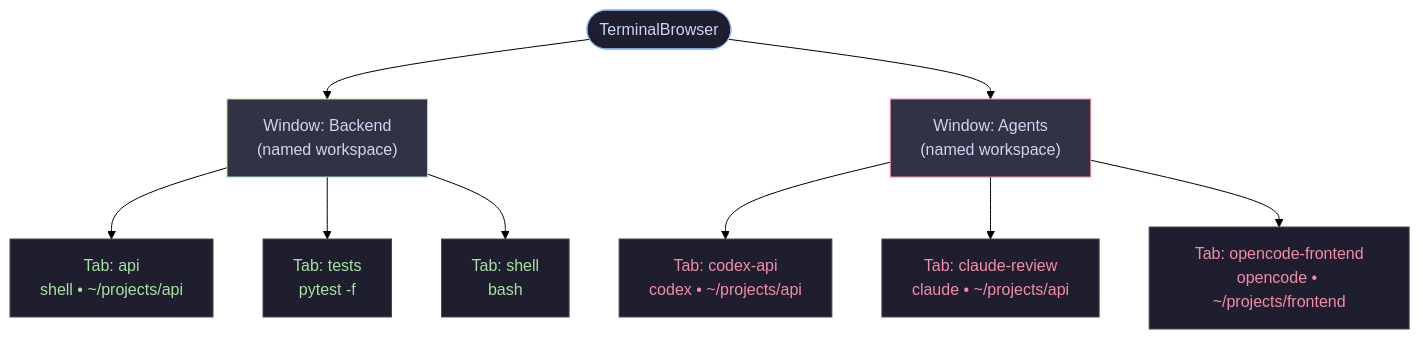
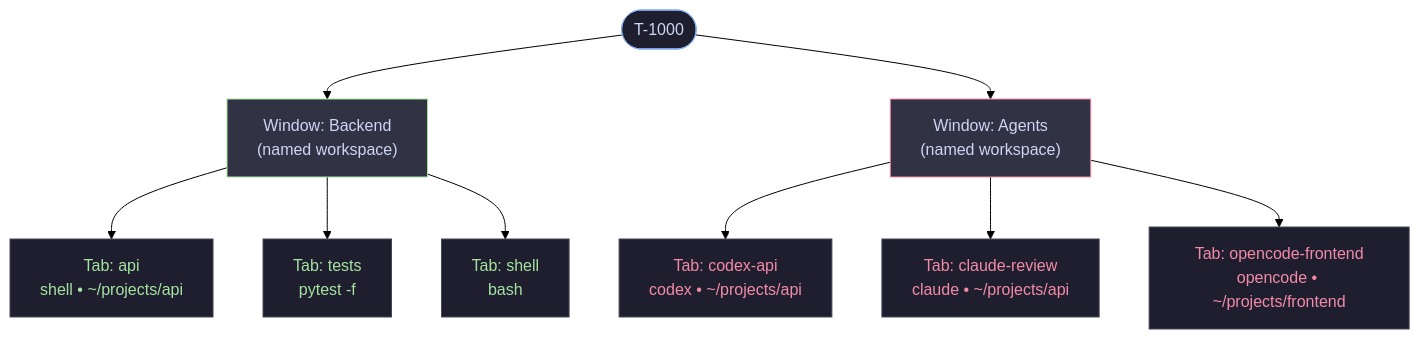
The diagram in README.md (streetquant/TerminalBrowser), drawn with Mermaid (forest theme) before and after one commit. The commit also changed other lines of this file and 3 other files, not shown here.

````diff
--- a/README.md
+++ b/README.md
@@ -11,25 +15,25 @@
 ```mermaid
 flowchart TD
-    App(["TerminalBrowser"])
+    App(["T-1000"])
 
     App --> W1["Window: Backend\n(named workspace)"]
     App --> W2["Window: Agents\n(named workspace)"]
 
     W1 --> T1["Tab: api\nshell • ~/projects/api"]
     W1 --> T2["Tab: tests\npytest -f"]
     W1 --> T3["Tab: shell\nbash"]
 
     W2 --> T4["Tab: codex-api\ncodex • ~/projects/api"]
     W2 --> T5["Tab: claude-review\nclaude • ~/projects/api"]
     W2 --> T6["Tab: opencode-frontend\nopencode • ~/projects/frontend"]
 
     style App fill:#1e1e2e,color:#cdd6f4,stroke:#89b4fa
     style W1 fill:#313244,color:#cdd6f4,stroke:#a6e3a1
     style W2 fill:#313244,color:#cdd6f4,stroke:#f38ba8
     style T1 fill:#1e1e2e,color:#a6e3a1,stroke:#45475a
     style T2 fill:#1e1e2e,color:#a6e3a1,stroke:#45475a
     style T3 fill:#1e1e2e,color:#a6e3a1,stroke:#45475a
     style T4 fill:#1e1e2e,color:#f38ba8,stroke:#45475a
     style T5 fill:#1e1e2e,color:#f38ba8,stroke:#45475a
     style T6 fill:#1e1e2e,color:#f38ba8,stroke:#45475a
 ```
````
